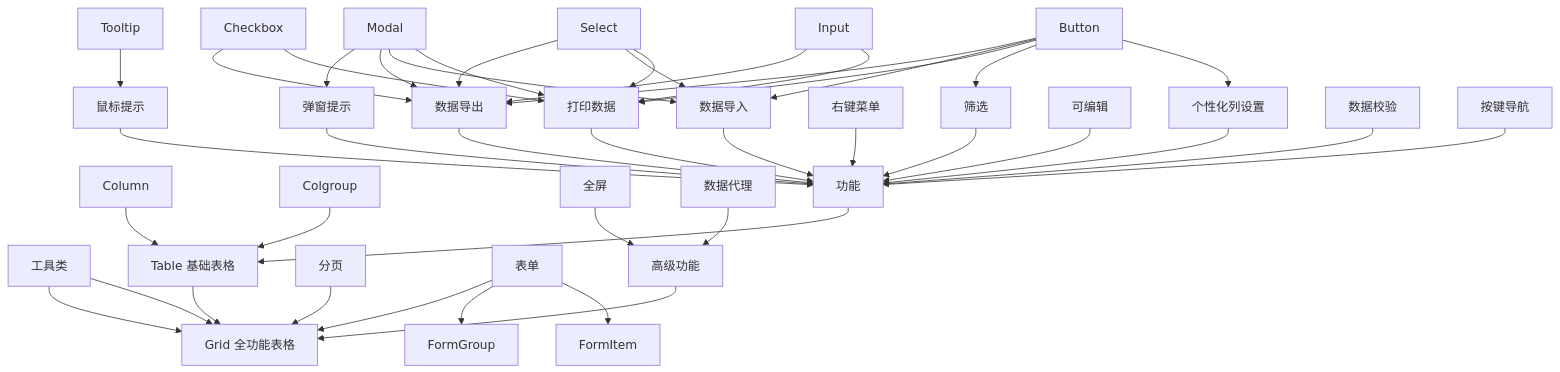
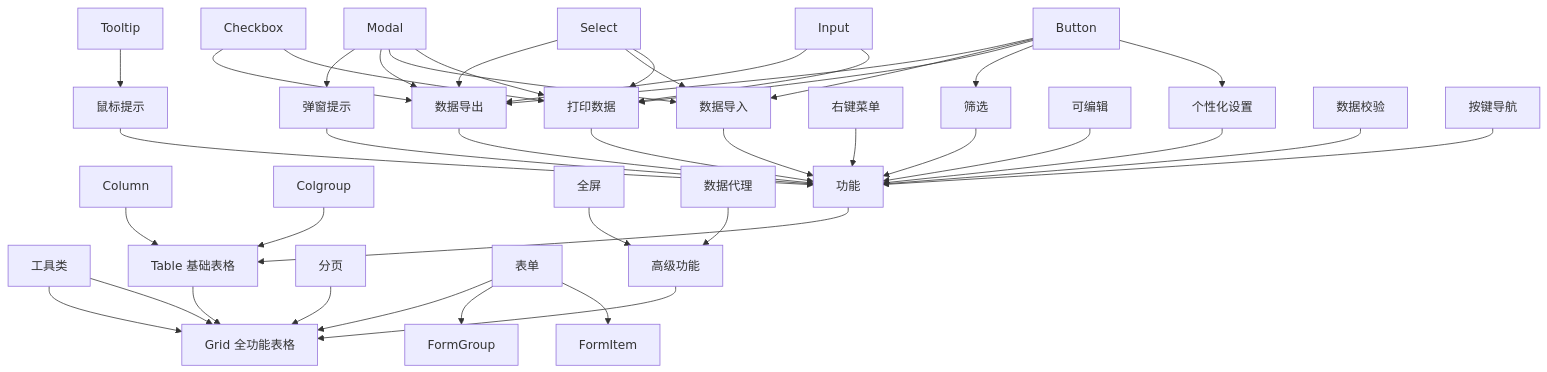
Before and after one commit to x-extends/vxe-ui-docs: the second of 4 diagrams in framework.md, drawn with Mermaid. The commit also changed 91 other files, not shown here.

````diff
--- a/framework.md
+++ b/framework.md
@@ -16,44 +16,44 @@
 ```mermaid
 graph TD;
     Toolbar[工具类]-->Grid[Grid 全功能表格];
     Table[Table 基础表格]-->Grid;
     Column-->Table;
     Colgroup-->Table;
     Pager[分页]-->Grid;
     Form[表单]-->Grid;
     Form-->FormGroup;
     Form-->FormItem;
     Toolbar-->Grid;
     gFunc[高级功能]-->Grid;
     zoom[全屏]-->gFunc;
     proxy[数据代理]-->gFunc;
     modules[功能]-->Table;
     tip[鼠标提示]-->modules;
     Tooltip-->tip;
     modal[弹窗提示]-->modules;
     Modal-->modal;
     export[数据导出]-->modules;
     Button-->export;
     Checkbox-->export;
     Select-->export;
     Input-->export;
     Modal-->export;
     import[数据导入]-->modules;
     Button-->import;
     Modal-->import;
     Select-->import;
     print[打印数据]-->modules;
     Button-->print;
     Checkbox-->print;
     Select-->print;
     Input-->print;
     Modal-->print;
     menu[右键菜单]-->modules;
     filter[筛选]-->modules;
     Button-->filter;
     edit[可编辑]-->modules;
-    custom[个性化列设置]-->modules;
+    custom[个性化设置]-->modules;
     Button-->custom;
     Vvalidator[数据校验]-->modules;
     keyboard[按键导航]-->modules;
 ```
````
